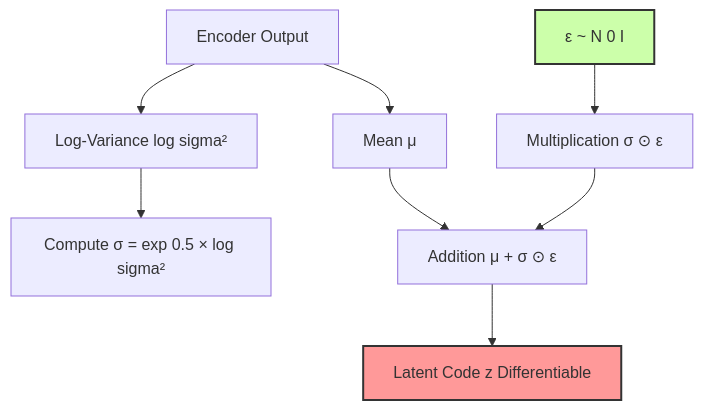
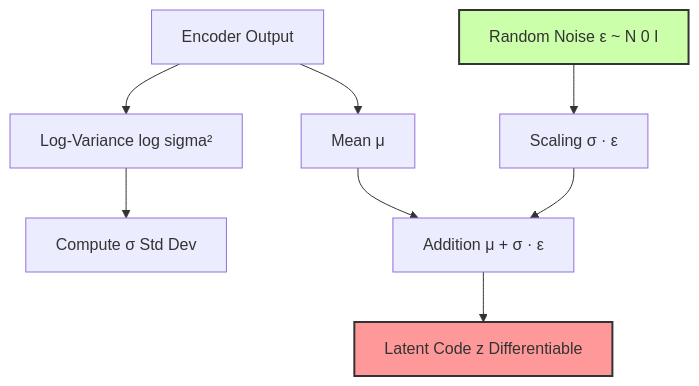
One commit to gopikrishtummala/gopikrishtummala.github.io changed the second of 4 diagrams in src/data/blog/variational-autoencoders-from-compression-to-creation.md. Above: the diagram before and after it, drawn with Mermaid.

Commit message:
Fix Mermaid syntax error: remove LaTeX and parentheses from node labels

````diff
--- a/src/data/blog/variational-autoencoders-from-compression-to-creation.md
+++ b/src/data/blog/variational-autoencoders-from-compression-to-creation.md
@@ -136,16 +136,16 @@
 ```mermaid
 graph TD
     A[Encoder Output] --> A1[Mean μ]
     A[Encoder Output] --> A2[Log-Variance log sigma²]
 
-    A2 --> B[Compute σ = exp 0.5 × log sigma²]
+    A2 --> B[Compute σ Std Dev]
     
-    C[ε ~ N 0 I] --> D[Multiplication σ ⊙ ε]
+    C[Random Noise ε ~ N 0 I] --> D[Scaling σ · ε]
     
-    A1 --> E[Addition μ + σ ⊙ ε]
+    A1 --> E[Addition μ + σ · ε]
     D --> E
     
     E --> F[Latent Code z Differentiable]
     style C fill:#cfa,stroke:#333,stroke-width:2px
     style F fill:#f99,stroke:#333,stroke-width:2px
 ```
````
